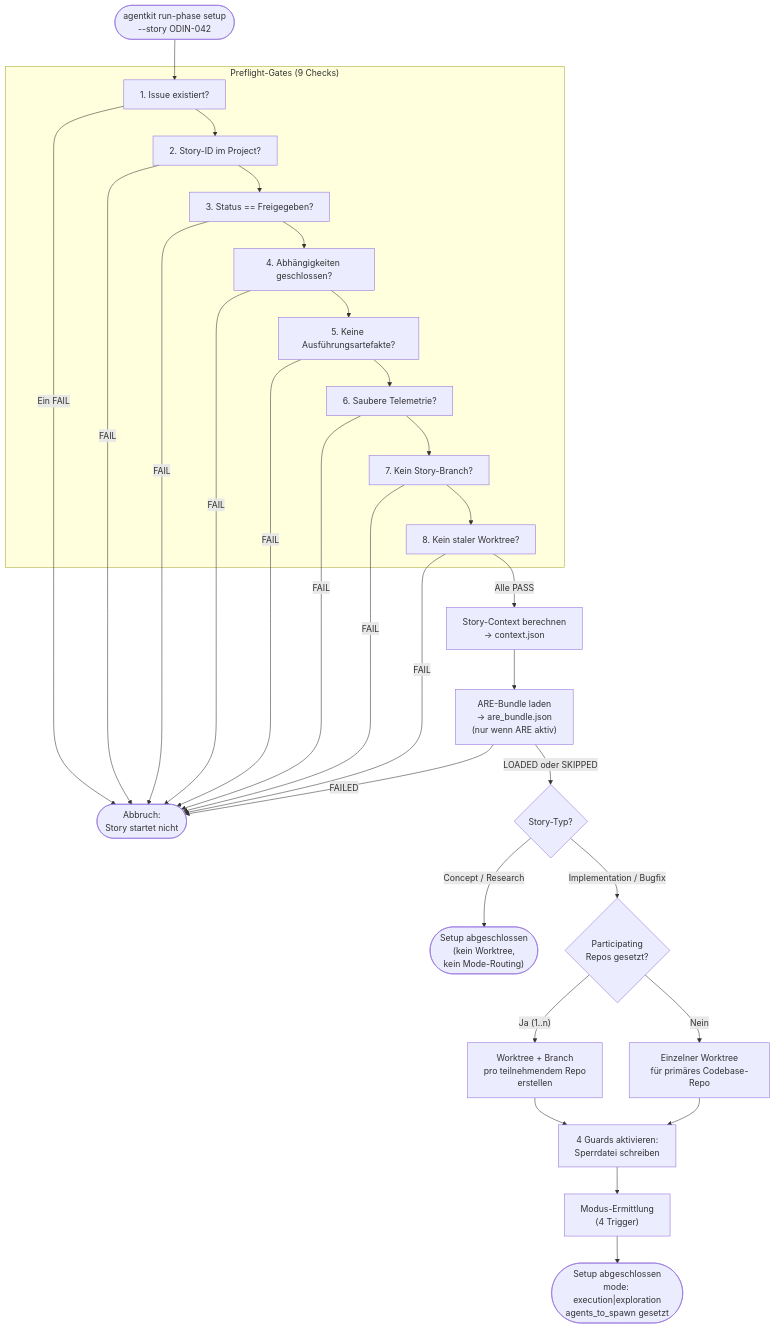
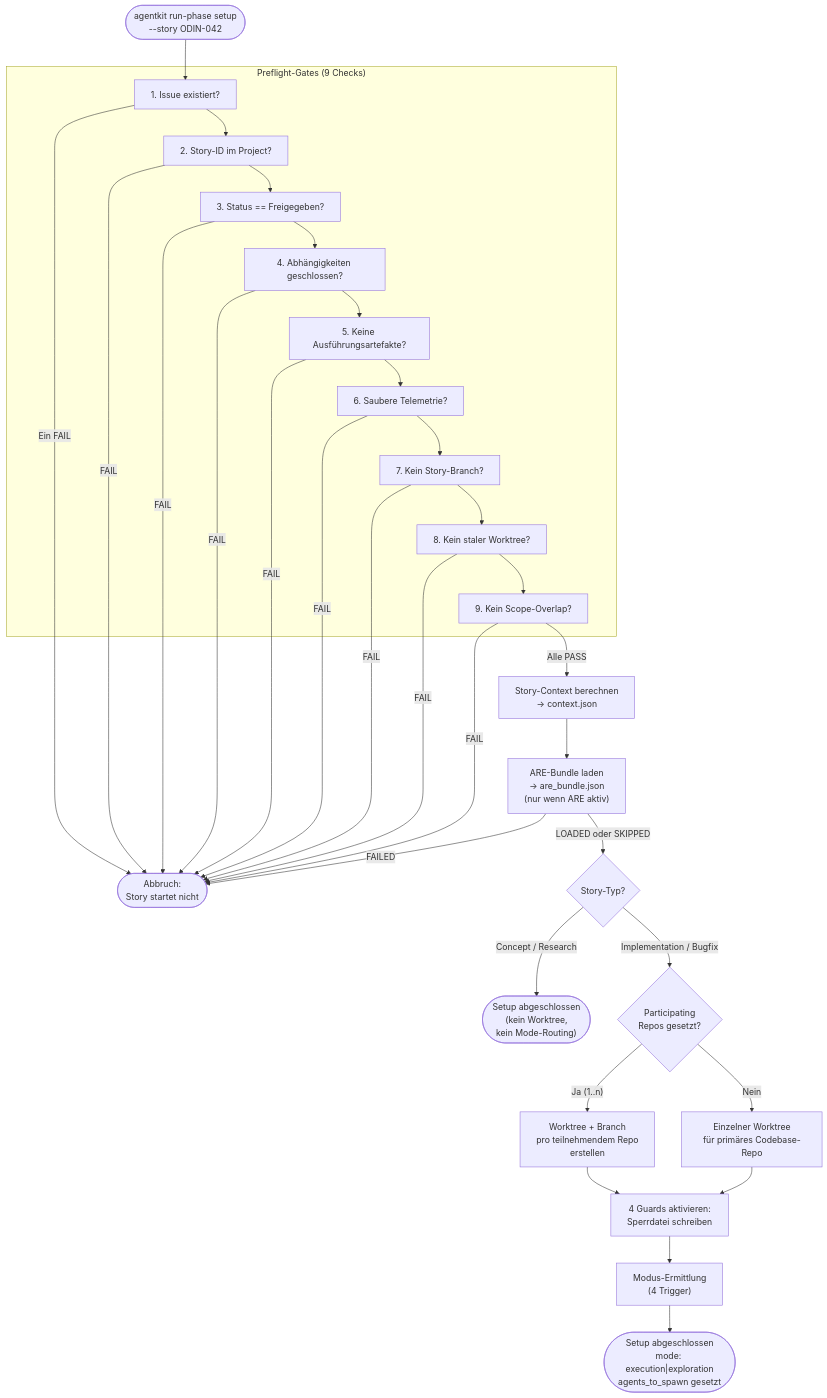
The diagram in concept/technical-design/22_setup_preflight_worktree_guard_activation.md (saltenhof/claude-agentkit3), drawn with Mermaid before and after one commit. The commit also changed other lines of this file and 29 other files, not shown here.

````diff
--- a/concept/technical-design/22_setup_preflight_worktree_guard_activation.md
+++ b/concept/technical-design/22_setup_preflight_worktree_guard_activation.md
@@ -40,42 +40,44 @@
 ```mermaid
 flowchart TD
     START(["agentkit run-phase setup<br/>--story ODIN-042"]) --> PREFLIGHT
 
     subgraph PREFLIGHT_PHASE ["Preflight-Gates (9 Checks)"]
         PREFLIGHT["1. Issue existiert?"]
         PREFLIGHT --> P2["2. Story-ID im Project?"]
         P2 --> P3["3. Status == Freigegeben?"]
         P3 --> P4["4. Abhängigkeiten geschlossen?"]
         P4 --> P5["5. Keine Ausführungsartefakte?"]
         P5 --> P6["6. Saubere Telemetrie?"]
         P6 --> P7["7. Kein Story-Branch?"]
         P7 --> P8["8. Kein staler Worktree?"]
+        P8 --> P9["9. Kein Scope-Overlap?"]
     end
 
-    P8 -->|"Alle PASS"| CONTEXT
+    P9 -->|"Alle PASS"| CONTEXT
     PREFLIGHT -->|"Ein FAIL"| ABORT(["Abbruch:<br/>Story startet nicht"])
     P2 -->|"FAIL"| ABORT
     P3 -->|"FAIL"| ABORT
     P4 -->|"FAIL"| ABORT
     P5 -->|"FAIL"| ABORT
     P6 -->|"FAIL"| ABORT
     P7 -->|"FAIL"| ABORT
     P8 -->|"FAIL"| ABORT
+    P9 -->|"FAIL"| ABORT
 
     CONTEXT["Story-Context berechnen<br/>→ context.json"] --> ARE_BUNDLE["ARE-Bundle laden<br/>→ are_bundle.json<br/>(nur wenn ARE aktiv)"]
     ARE_BUNDLE -->|"LOADED oder SKIPPED"| TYPCHECK{"Story-Typ?"}
     ARE_BUNDLE -->|"FAILED"| ABORT
 
     TYPCHECK -->|"Concept / Research"| DONE_LIGHT(["Setup abgeschlossen<br/>(kein Worktree,<br/>kein Mode-Routing)"])
 
     TYPCHECK -->|"Implementation / Bugfix"| REPOS
 
     REPOS{"Participating<br/>Repos gesetzt?"}
     REPOS -->|"Ja (1..n)"| MULTI_WT["Worktree + Branch<br/>pro teilnehmendem Repo<br/>erstellen"]
     REPOS -->|"Nein"| SINGLE_WT["Einzelner Worktree<br/>für primäres Codebase-Repo"]
 
     MULTI_WT --> GUARDS["4 Guards aktivieren:<br/>Sperrdatei schreiben"]
     SINGLE_WT --> GUARDS
     GUARDS --> MODE["Modus-Ermittlung<br/>(4 Trigger)"]
     MODE --> DONE_FULL(["Setup abgeschlossen<br/>mode: execution|exploration<br/>agents_to_spawn gesetzt"])
 ```
````
